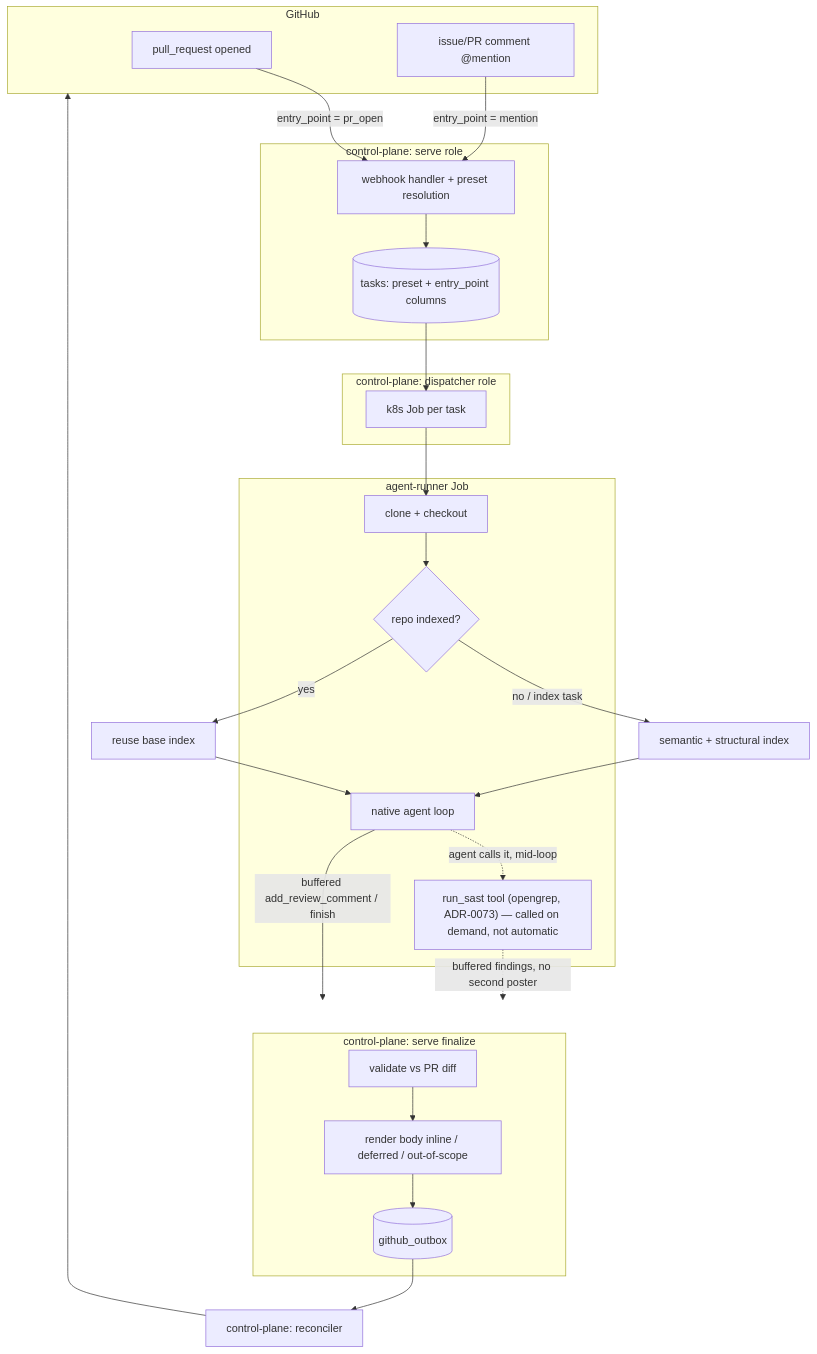
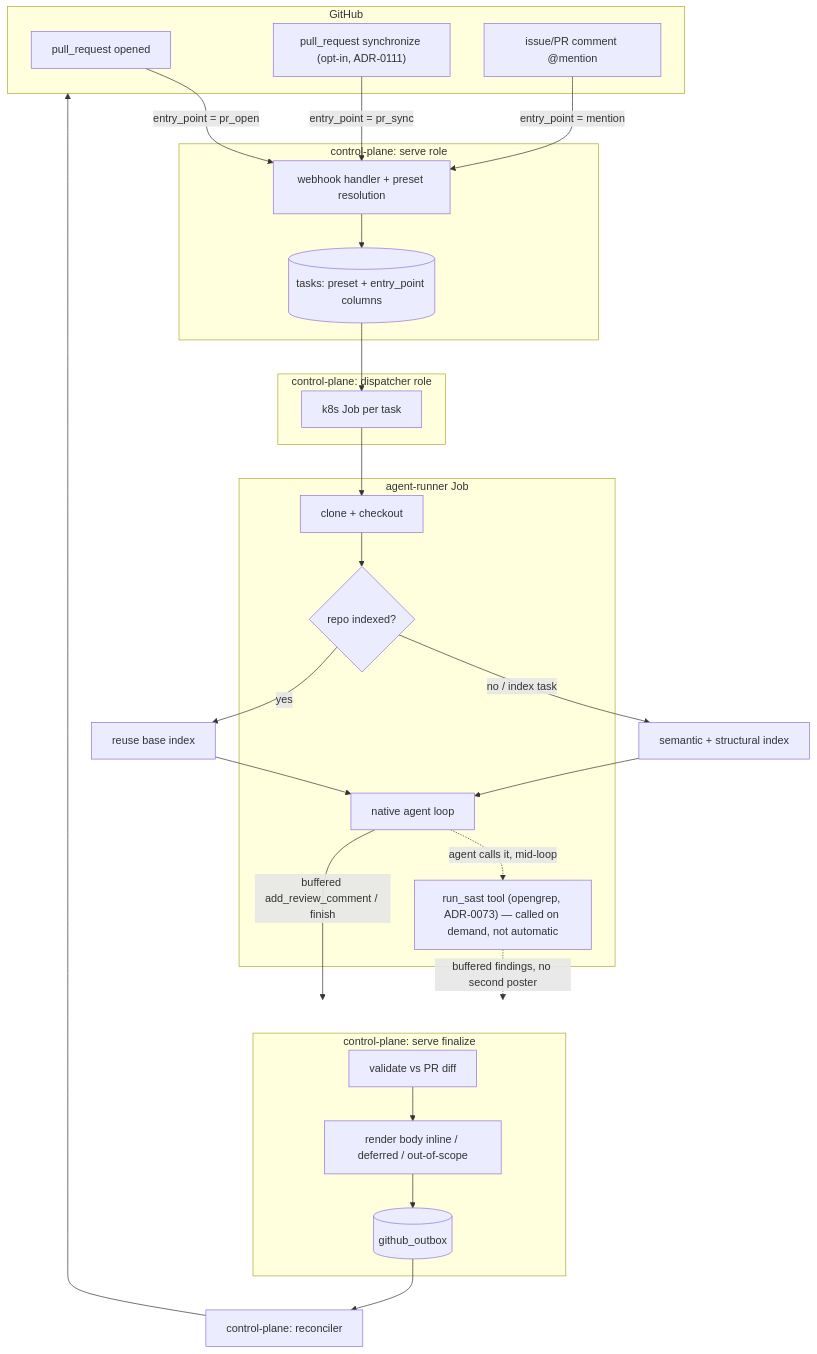
One commit to ADORSYS-GIS/lightbridge-code-intelligence changed the diagram in docs/review-pipeline.md. Above: the diagram before and after it, drawn with Mermaid. The commit also changed other lines of this file and 3 other files, not shown here.

````diff
--- a/docs/review-pipeline.md
+++ b/docs/review-pipeline.md
@@ -26,38 +26,40 @@
 ```mermaid
 flowchart TD
     subgraph GH[GitHub]
         E1[pull_request opened]
+        E1S["pull_request synchronize (opt-in, ADR-0111)"]
         E2[issue/PR comment @mention]
     end
     subgraph CP[control-plane: serve role]
         W[webhook handler + preset resolution]
         T[(tasks: preset + entry_point columns)]
     end
     subgraph DISP[control-plane: dispatcher role]
         J[k8s Job per task]
     end
     subgraph RUN[agent-runner Job]
         CLONE[clone + checkout]
         IDX{repo indexed?}
         AGENT[native agent loop]
         SAST["run_sast tool (opengrep, ADR-0073) — called on demand, not automatic"]
     end
     subgraph FIN[control-plane: serve finalize]
         VAL[validate vs PR diff]
         SHAPE[render body inline / deferred / out-of-scope]
         OUT[(github_outbox)]
     end
     REC[control-plane: reconciler] --> GH
 
     E1 -->|entry_point = pr_open| W
+    E1S -->|entry_point = pr_sync| W
     E2 -->|entry_point = mention| W
     W --> T --> J --> CLONE --> IDX
     IDX -->|no / index task| FULLIDX[semantic + structural index]
     IDX -->|yes| REUSE[reuse base index]
     FULLIDX --> AGENT
     REUSE --> AGENT
     AGENT -.->|agent calls it, mid-loop| SAST
     SAST -.->|buffered findings, no second poster| FIN
     AGENT -->|buffered add_review_comment / finish| FIN
     VAL --> SHAPE --> OUT --> REC
 ```
````
